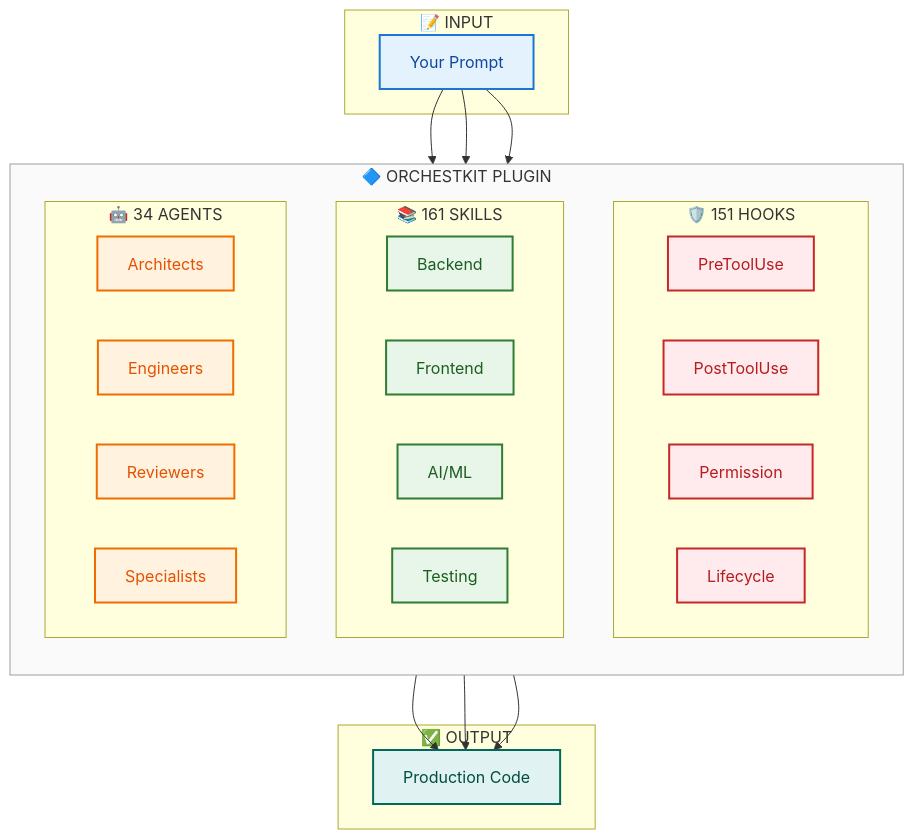
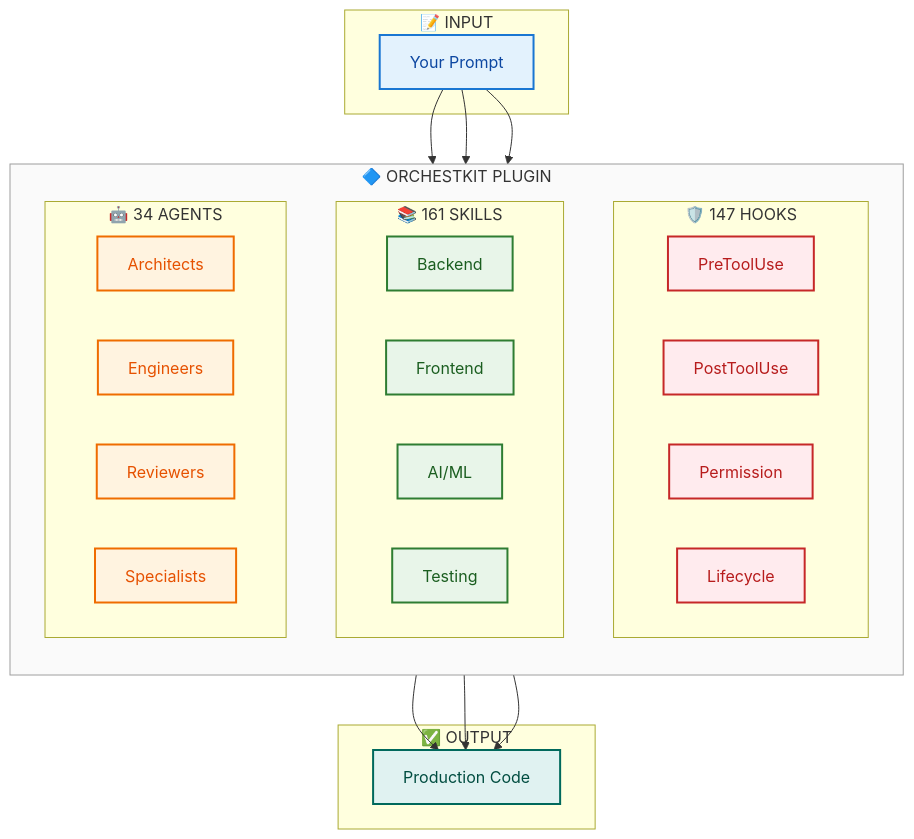
One commit to yonatangross/orchestkit changed the second of 2 diagrams in README.md. Above: the diagram before and after it, drawn with Mermaid. The commit also changed other lines of this file and 46 other files, not shown here.

````diff
--- a/README.md
+++ b/README.md
@@ -416,59 +463,59 @@
 ```mermaid
 flowchart TB
     subgraph Input["📝 INPUT"]
         P["Your Prompt"]
     end
 
     subgraph OrchestKit["🔷 ORCHESTKIT PLUGIN"]
         direction TB
 
-        subgraph Hooks["🛡️ 151 HOOKS"]
+        subgraph Hooks["🛡️ 147 HOOKS"]
             direction LR
             H1["PreToolUse"]
             H2["PostToolUse"]
             H3["Permission"]
             H4["Lifecycle"]
         end
 
         subgraph Skills["📚 161 SKILLS"]
             direction LR
             S1["Backend"]
             S2["Frontend"]
             S3["AI/ML"]
             S4["Testing"]
         end
 
         subgraph Agents["🤖 34 AGENTS"]
             direction LR
             A1["Architects"]
             A2["Engineers"]
             A3["Reviewers"]
             A4["Specialists"]
         end
     end
 
     subgraph Output["✅ OUTPUT"]
         C["Production Code"]
     end
 
     P --> Hooks
     P --> Skills
     P --> Agents
     Hooks --> C
     Skills --> C
     Agents --> C
 
     classDef input fill:#e3f2fd,stroke:#1976d2,stroke-width:2px,color:#0d47a1
     classDef hooks fill:#ffebee,stroke:#c62828,stroke-width:2px,color:#b71c1c
     classDef skills fill:#e8f5e9,stroke:#2e7d32,stroke-width:2px,color:#1b5e20
     classDef agents fill:#fff3e0,stroke:#ef6c00,stroke-width:2px,color:#e65100
     classDef output fill:#e0f2f1,stroke:#00695c,stroke-width:2px,color:#004d40
     classDef container fill:#fafafa,stroke:#9e9e9e,stroke-width:1px
 
     class P input
     class H1,H2,H3,H4 hooks
     class S1,S2,S3,S4 skills
     class A1,A2,A3,A4 agents
     class C output
     class OrchestKit container
 ```
````
